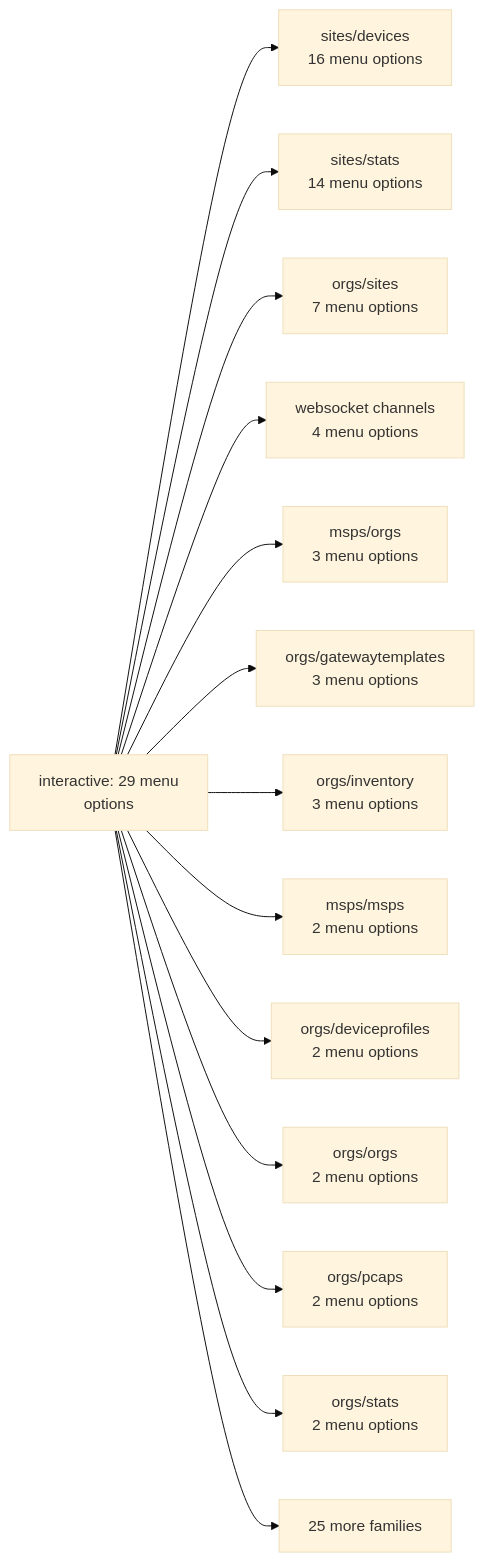
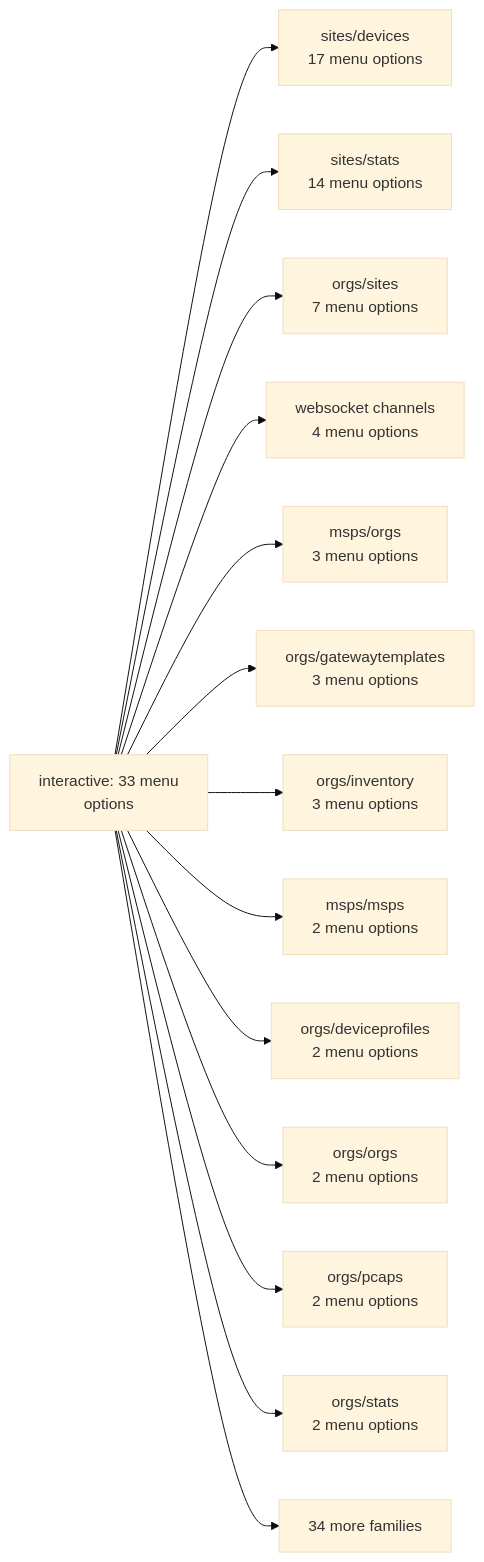
The first of 22 diagrams in documentation/menu-api/interactive.md (jmorrison-juniper/MistHelper), drawn with Mermaid (base theme) before and after one commit. The commit also changed other lines of this file and 8 other files, not shown here.

````diff
--- a/documentation/menu-api/interactive.md
+++ b/documentation/menu-api/interactive.md
@@ -17,17 +17,17 @@
 ```mermaid
 flowchart LR
-    root["interactive: 29 menu<br/>options"]
-    root --> f_sites_devices["sites/devices<br/>16 menu options"]
+    root["interactive: 33 menu<br/>options"]
+    root --> f_sites_devices["sites/devices<br/>17 menu options"]
     root --> f_sites_stats["sites/stats<br/>14 menu options"]
     root --> f_orgs_sites["orgs/sites<br/>7 menu options"]
     root --> f_websocket_channels["websocket channels<br/>4 menu options"]
     root --> f_msps_orgs["msps/orgs<br/>3 menu options"]
     root --> f_orgs_gatewaytemplates["orgs/gatewaytemplates<br/>3 menu options"]
     root --> f_orgs_inventory["orgs/inventory<br/>3 menu options"]
     root --> f_msps_msps["msps/msps<br/>2 menu options"]
     root --> f_orgs_deviceprofiles["orgs/deviceprofiles<br/>2 menu options"]
     root --> f_orgs_orgs["orgs/orgs<br/>2 menu options"]
     root --> f_orgs_pcaps["orgs/pcaps<br/>2 menu options"]
     root --> f_orgs_stats["orgs/stats<br/>2 menu options"]
-    root --> more["25 more families"]
+    root --> more["34 more families"]
 ```
````
